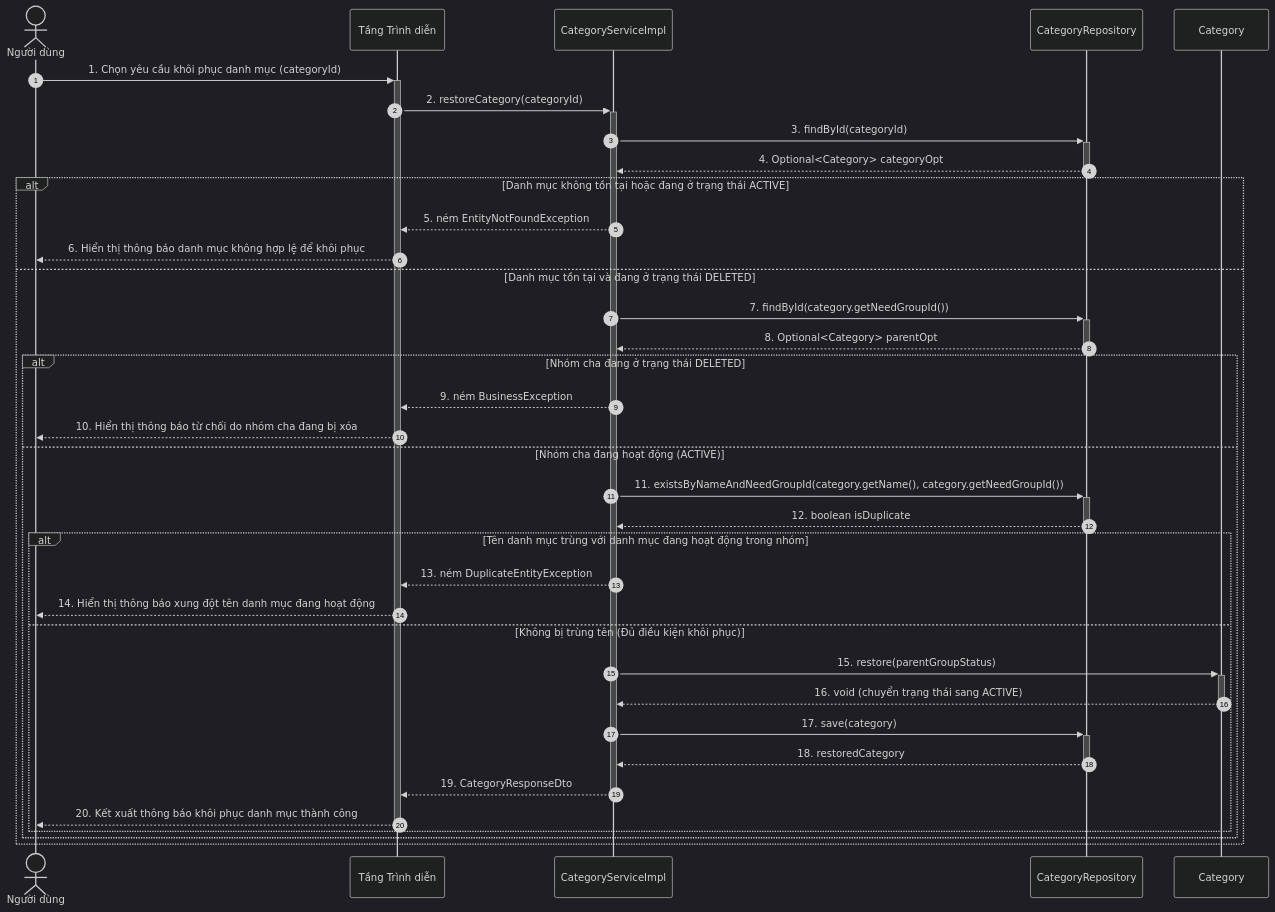
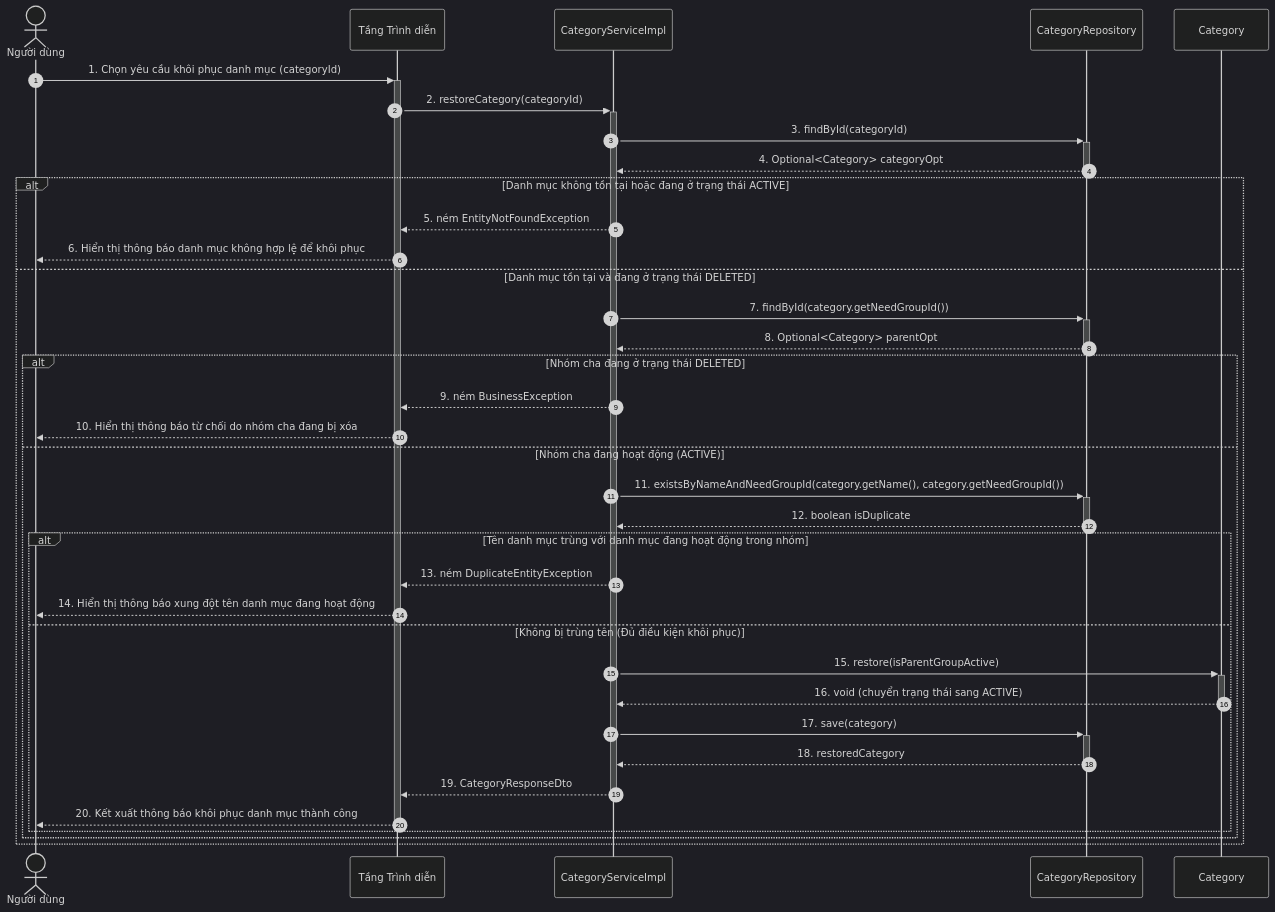
The fourth of 10 diagrams in docs/object-oriented-design/05-so-do-tuong-tac-thiet-ke-sequence-diagram.md (mynhleeh/pfms-oop), drawn with Mermaid (dark theme) before and after one commit. The commit also changed 1 other file, not shown here.

Commit message:
docs(ood): synchronize Category.restore signature with boolean active flag

````diff
--- a/docs/object-oriented-design/05-so-do-tuong-tac-thiet-ke-sequence-diagram.md
+++ b/docs/object-oriented-design/05-so-do-tuong-tac-thiet-ke-sequence-diagram.md
@@ -392,39 +392,39 @@
 ```mermaid
 sequenceDiagram
     autonumber
     actor User as Người dùng
     participant CLI as Tầng Trình diễn
     participant CategoryService as CategoryServiceImpl
     participant CategoryRepo as CategoryRepository
     participant Category as Category
 
     User->>+CLI: 1. Chọn yêu cầu khôi phục danh mục (categoryId)
     CLI->>+CategoryService: 2. restoreCategory(categoryId)
     CategoryService->>+CategoryRepo: 3. findById(categoryId)
     CategoryRepo-->>-CategoryService: 4. Optional<Category> categoryOpt
     alt Danh mục không tồn tại hoặc đang ở trạng thái ACTIVE
         CategoryService-->>CLI: 5. ném EntityNotFoundException
         CLI-->>User: 6. Hiển thị thông báo danh mục không hợp lệ để khôi phục
     else Danh mục tồn tại và đang ở trạng thái DELETED
         CategoryService->>+CategoryRepo: 7. findById(category.getNeedGroupId())
         CategoryRepo-->>-CategoryService: 8. Optional<Category> parentOpt
         alt Nhóm cha đang ở trạng thái DELETED
             CategoryService-->>CLI: 9. ném BusinessException
             CLI-->>User: 10. Hiển thị thông báo từ chối do nhóm cha đang bị xóa
         else Nhóm cha đang hoạt động (ACTIVE)
             CategoryService->>+CategoryRepo: 11. existsByNameAndNeedGroupId(category.getName(), category.getNeedGroupId())
             CategoryRepo-->>-CategoryService: 12. boolean isDuplicate
             alt Tên danh mục trùng với danh mục đang hoạt động trong nhóm
                 CategoryService-->>CLI: 13. ném DuplicateEntityException
                 CLI-->>User: 14. Hiển thị thông báo xung đột tên danh mục đang hoạt động
             else Không bị trùng tên (Đủ điều kiện khôi phục)
-                CategoryService->>+Category: 15. restore(parentGroupStatus)
+                CategoryService->>+Category: 15. restore(isParentGroupActive)
                 Category-->>-CategoryService: 16. void (chuyển trạng thái sang ACTIVE)
                 CategoryService->>+CategoryRepo: 17. save(category)
                 CategoryRepo-->>-CategoryService: 18. restoredCategory
                 CategoryService-->>-CLI: 19. CategoryResponseDto
                 CLI-->>-User: 20. Kết xuất thông báo khôi phục danh mục thành công
             end
         end
     end
 ```
````
